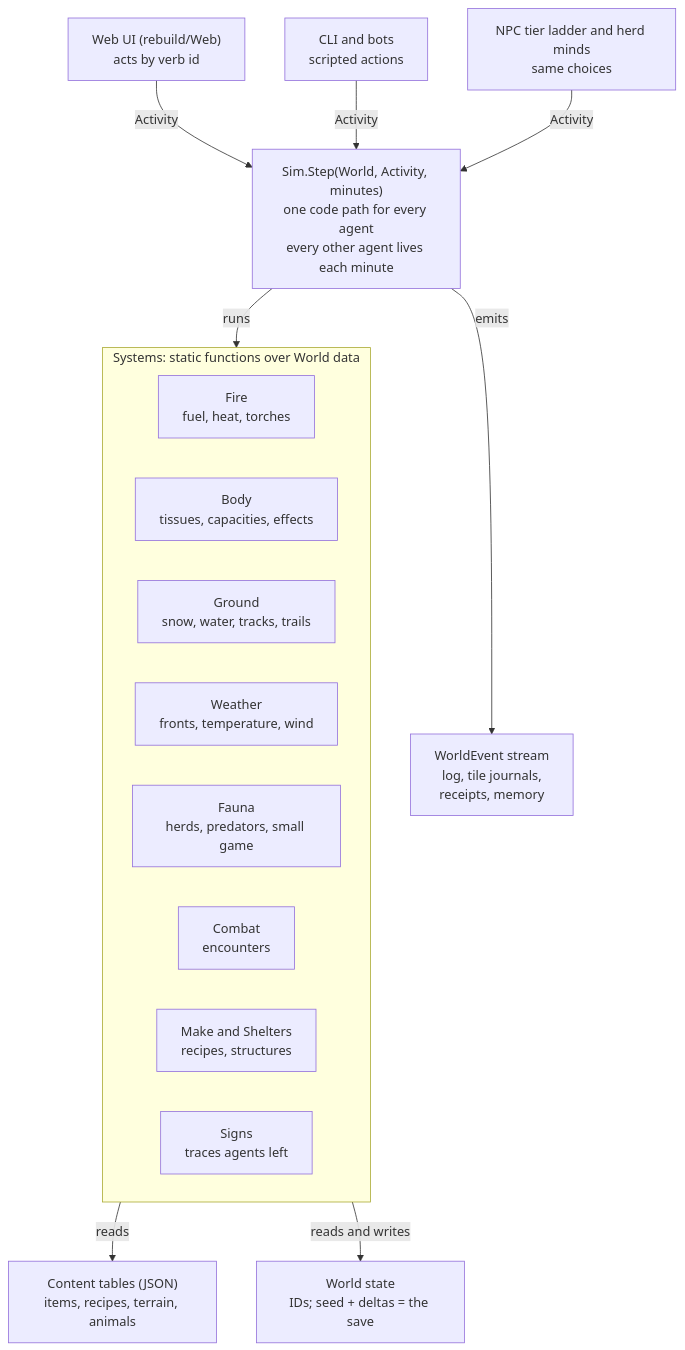
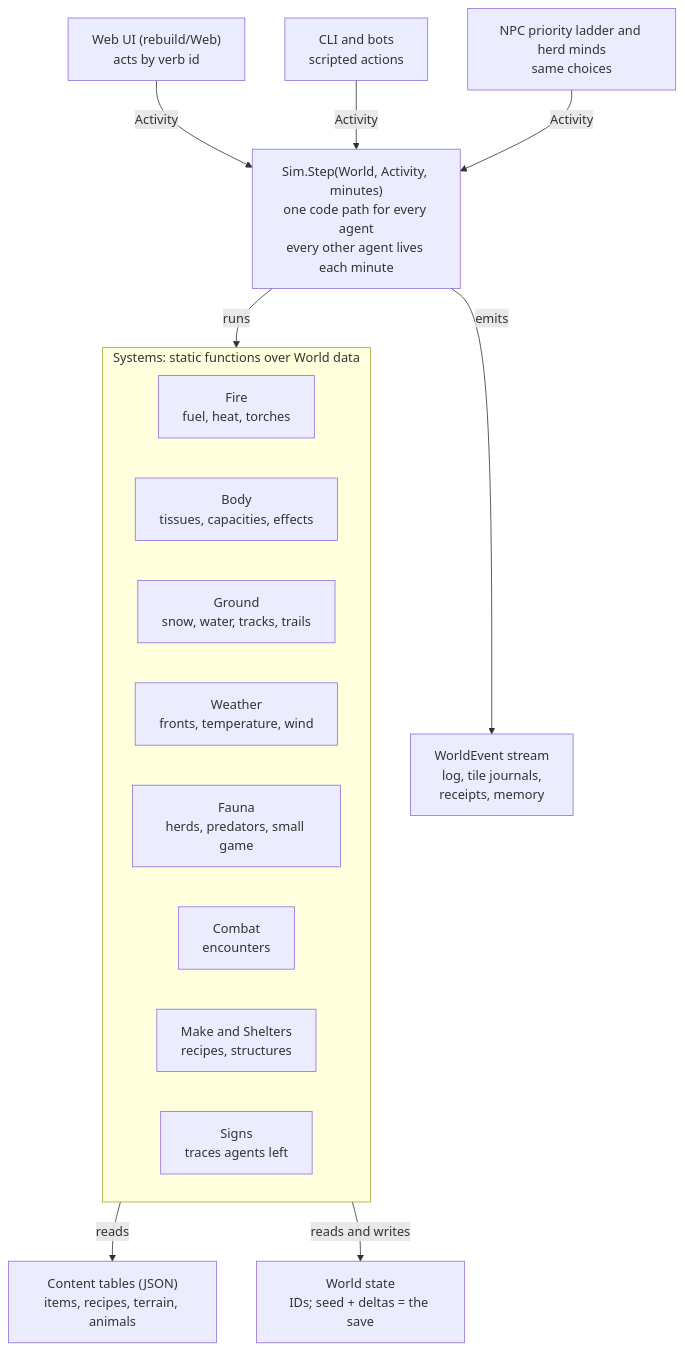
The diagram in documentation/clean-room-architecture.md (JackSwingle01/text_survival), drawn with Mermaid before and after one commit. The commit also changed other lines of this file and 22 other files, not shown here.

First line of the commit message:
Rename stat Tier to Priority in the rebuild

````diff
--- a/documentation/clean-room-architecture.md
+++ b/documentation/clean-room-architecture.md
@@ -259,21 +259,21 @@
 ```mermaid
 flowchart TD
     UI["Web UI (rebuild/Web)<br/>acts by verb id"] -->|Activity| Step
     CLI["CLI and bots<br/>scripted actions"] -->|Activity| Step
-    NPC["NPC tier ladder and herd minds<br/>same choices"] -->|Activity| Step
+    NPC["NPC priority ladder and herd minds<br/>same choices"] -->|Activity| Step
     Step["Sim.Step(World, Activity, minutes)<br/>one code path for every agent<br/>every other agent lives each minute"]
     Step -->|emits| Stream["WorldEvent stream<br/>log, tile journals,<br/>receipts, memory"]
     Step -->|runs| Systems
     subgraph Systems["Systems: static functions over World data"]
         Fire["Fire<br/>fuel, heat, torches"]
         Body["Body<br/>tissues, capacities, effects"]
         Ground["Ground<br/>snow, water, tracks, trails"]
         Weather["Weather<br/>fronts, temperature, wind"]
         Fauna["Fauna<br/>herds, predators, small game"]
         Combat["Combat<br/>encounters"]
         Make["Make and Shelters<br/>recipes, structures"]
         Signs["Signs<br/>traces agents left"]
     end
     Systems -->|reads| Content["Content tables (JSON)<br/>items, recipes, terrain, animals"]
     Systems -->|reads and writes| World["World state<br/>IDs; seed + deltas = the save"]
 ```
````
